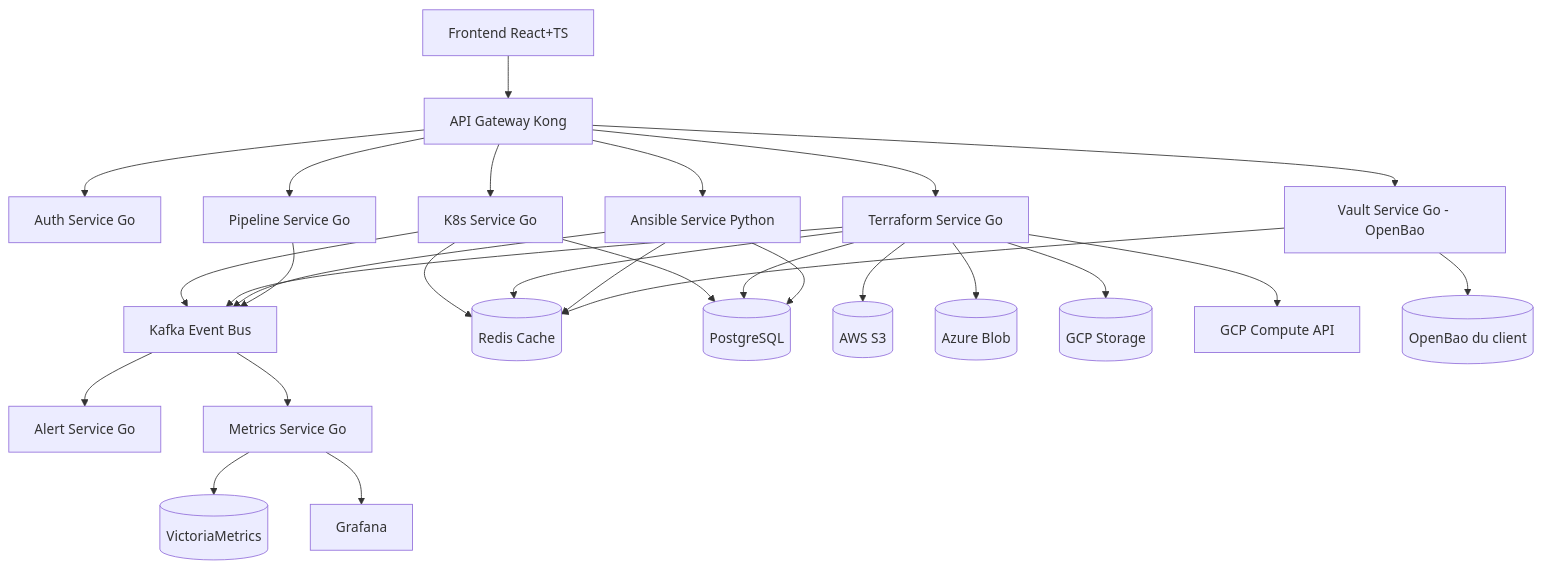
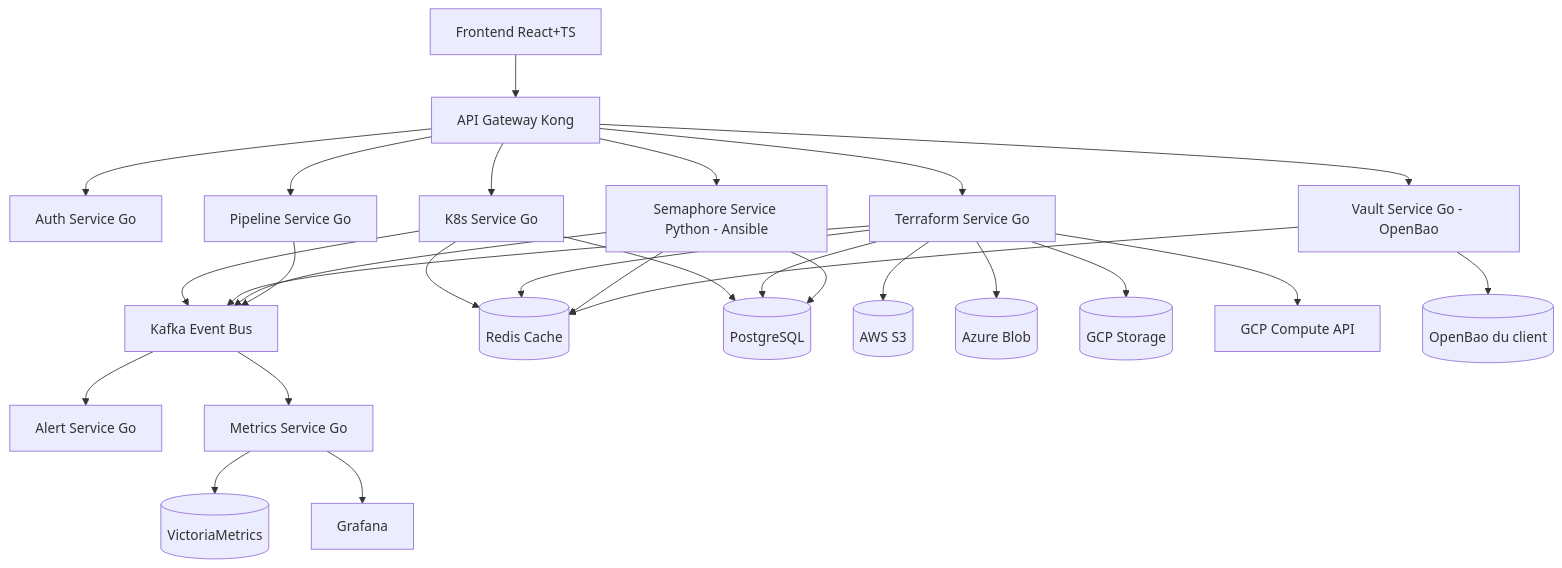
Before and after one commit to MPFabio/Kura: the first of 3 diagrams in docs/architecture.md, drawn with Mermaid. The commit also changed other lines of this file and 9 other files, not shown here.

First line of the commit message:
feat: remplace le logo Ansible par Semaphore et renomme le module

````diff
--- a/docs/architecture.md
+++ b/docs/architecture.md
@@ -56,38 +56,38 @@
 ```mermaid
 graph TB
     Frontend[Frontend React+TS] --> Gateway[API Gateway Kong]
     Gateway --> Auth[Auth Service Go]
     Gateway --> K8s[K8s Service Go]
     Gateway --> Terraform[Terraform Service Go]
-    Gateway --> Ansible[Ansible Service Python]
+    Gateway --> Ansible[Semaphore Service Python - Ansible]
     Gateway --> Pipeline[Pipeline Service Go]
     Gateway --> Vault[Vault Service Go - OpenBao]
     
     K8s --> Kafka[Kafka Event Bus]
     Terraform --> Kafka
     Ansible --> Kafka
     Pipeline --> Kafka
     
     Kafka --> Alert[Alert Service Go]
     Kafka --> Metrics[Metrics Service Go]
     
     K8s --> Redis[(Redis Cache)]
     Terraform --> Redis
     Ansible --> Redis
     Vault --> Redis
     
     K8s --> Postgres[(PostgreSQL)]
     Terraform --> Postgres
     Ansible --> Postgres
     
     Terraform --> S3[(AWS S3)]
     Terraform --> Azure[(Azure Blob)]
     Terraform --> GCP[(GCP Storage)]
     
     Terraform --> GCPAPI[GCP Compute API]
     
     Vault --> ExtVault[(OpenBao du client)]
     
     Metrics --> Prometheus[(VictoriaMetrics)]
     Metrics --> Grafana[Grafana]
 ```
````
